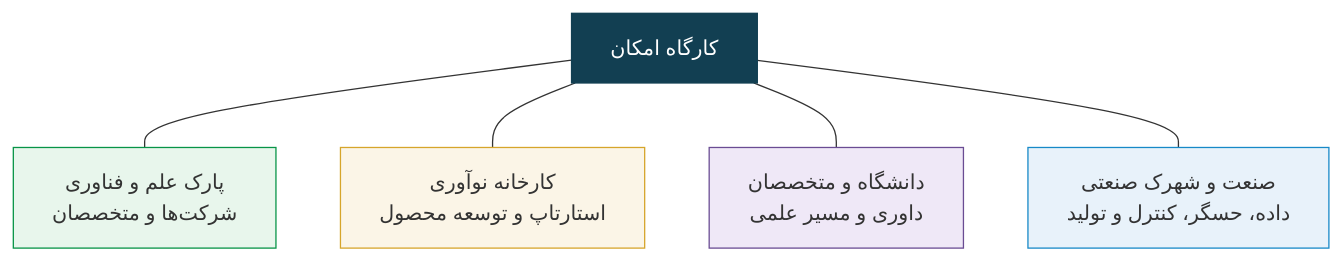
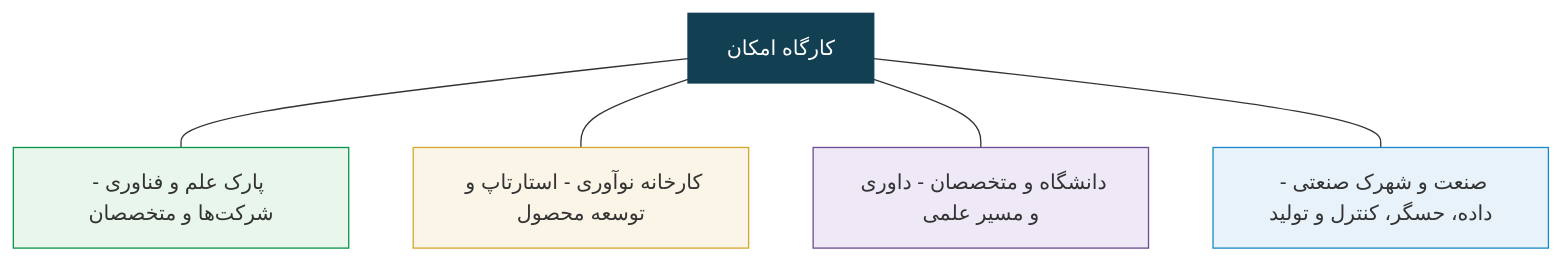
Before and after one commit to hadisadoghiyazdi1971/hadisadoghiyazdi1971.github.io: the fourth of 8 diagrams in presentation/EmkanAI.md, drawn with Mermaid. The commit also changed other lines of this file, not shown here.

````diff
--- a/presentation/EmkanAI.md
+++ b/presentation/EmkanAI.md
@@ -291,19 +293,19 @@
 ```mermaid
-flowchart TB
-    E[کارگاه امکان]
-    P[پارک علم و فناوری<br/>شرکت‌ها و متخصصان]
-    I[کارخانه نوآوری<br/>استارتاپ و توسعه محصول]
-    U[دانشگاه و متخصصان<br/>داوری و مسیر علمی]
-    F[صنعت و شهرک صنعتی<br/>داده، حسگر، کنترل و تولید]
+graph TB;
+    E["کارگاه امکان"];
+    P["پارک علم و فناوری - شرکت‌ها و متخصصان"];
+    I["کارخانه نوآوری - استارتاپ و توسعه محصول"];
+    U["دانشگاه و متخصصان - داوری و مسیر علمی"];
+    F["صنعت و شهرک صنعتی - داده، حسگر، کنترل و تولید"];
 
-    E --- P
-    E --- I
-    E --- U
-    E --- F
+    E --- P;
+    E --- I;
+    E --- U;
+    E --- F;
 
-    style E fill:#123F52,stroke:#123F52,color:#fff
-    style P fill:#E8F6EC,stroke:#079447
-    style I fill:#FBF5E7,stroke:#D6A52B
-    style U fill:#EFE8F7,stroke:#6A4C93
-    style F fill:#E8F2FA,stroke:#1789C7
+    style E fill:#123F52,stroke:#123F52,color:#ffffff;
+    style P fill:#E8F6EC,stroke:#079447;
+    style I fill:#FBF5E7,stroke:#D6A52B;
+    style U fill:#EFE8F7,stroke:#6A4C93;
+    style F fill:#E8F2FA,stroke:#1789C7;
 ```
````
